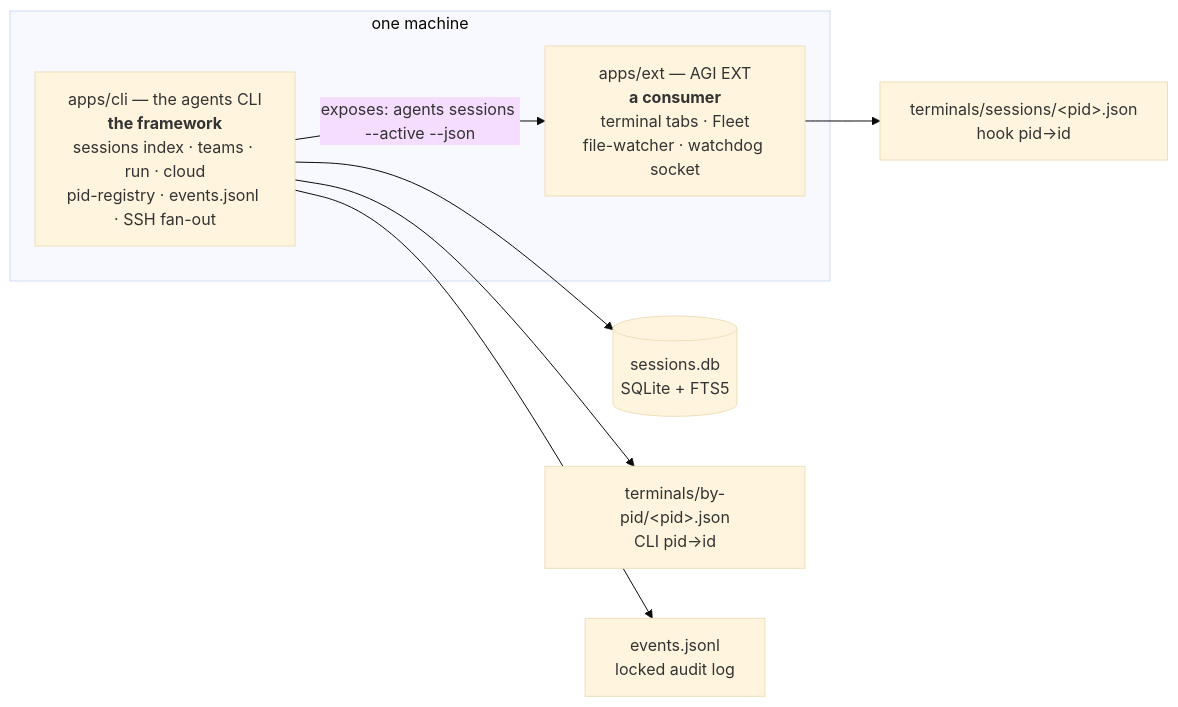
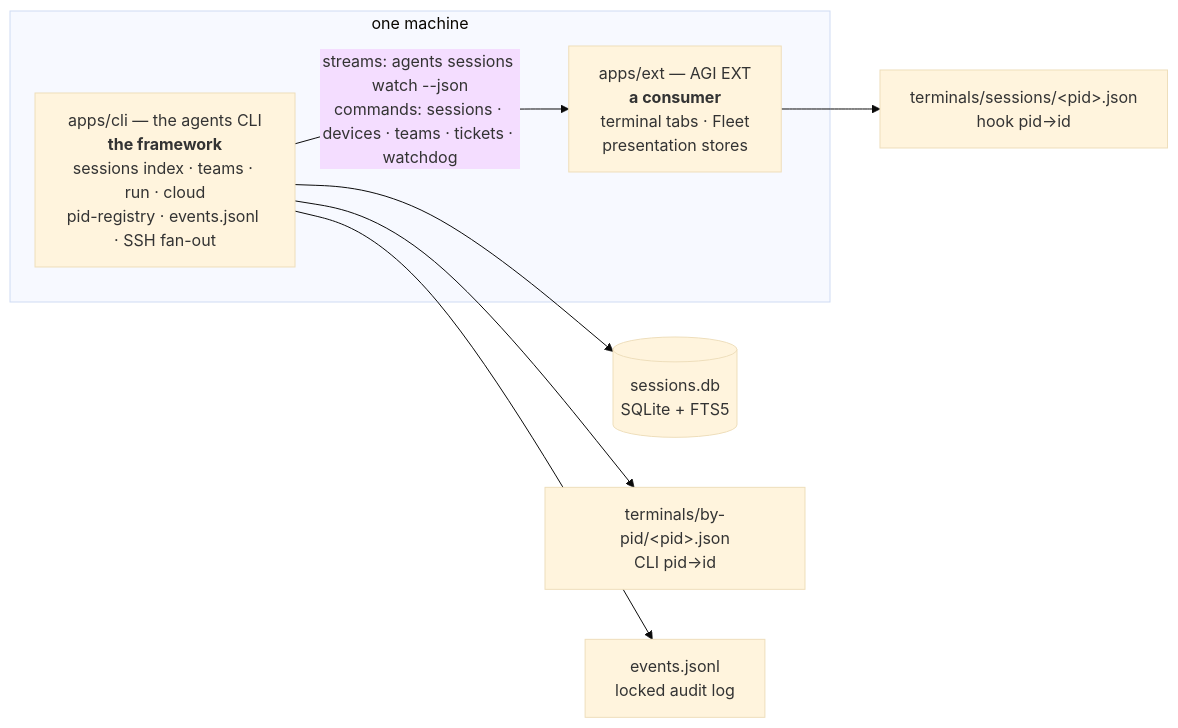
One commit to muqsitnawaz/agi-cli changed the first of 2 diagrams in apps/cli/docs/architecture.md. Above: the diagram before and after it, drawn with Mermaid (base theme). The commit also changed other lines of this file and 84 other files, not shown here.

Commit message:
feat(cli,ext): make cli the authoritative extension engine

````diff
--- a/apps/cli/docs/architecture.md
+++ b/apps/cli/docs/architecture.md
@@ -26,12 +28,12 @@
 ```mermaid
 flowchart LR
   subgraph machine["one machine"]
     CLI["apps/cli — the agents CLI<br/><b>the framework</b><br/>sessions index · teams · run · cloud<br/>pid-registry · events.jsonl · SSH fan-out"]
-    FAC["apps/ext — AGI EXT<br/><b>a consumer</b><br/>terminal tabs · Fleet<br/>file-watcher · watchdog socket"]
-    CLI -- "exposes: agents sessions --active --json" --> FAC
+    FAC["apps/ext — AGI EXT<br/><b>a consumer</b><br/>terminal tabs · Fleet<br/>presentation stores"]
+    CLI -- "streams: agents sessions watch --json<br/>commands: sessions · devices · teams · tickets · watchdog" --> FAC
   end
   CLI --> DB[("sessions.db<br/>SQLite + FTS5")]
   CLI --> BYPID["terminals/by-pid/&lt;pid&gt;.json<br/>CLI pid→id"]
   FAC --> SESS["terminals/sessions/&lt;pid&gt;.json<br/>hook pid→id"]
   CLI --> EV["events.jsonl<br/>locked audit log"]
 ```
````
